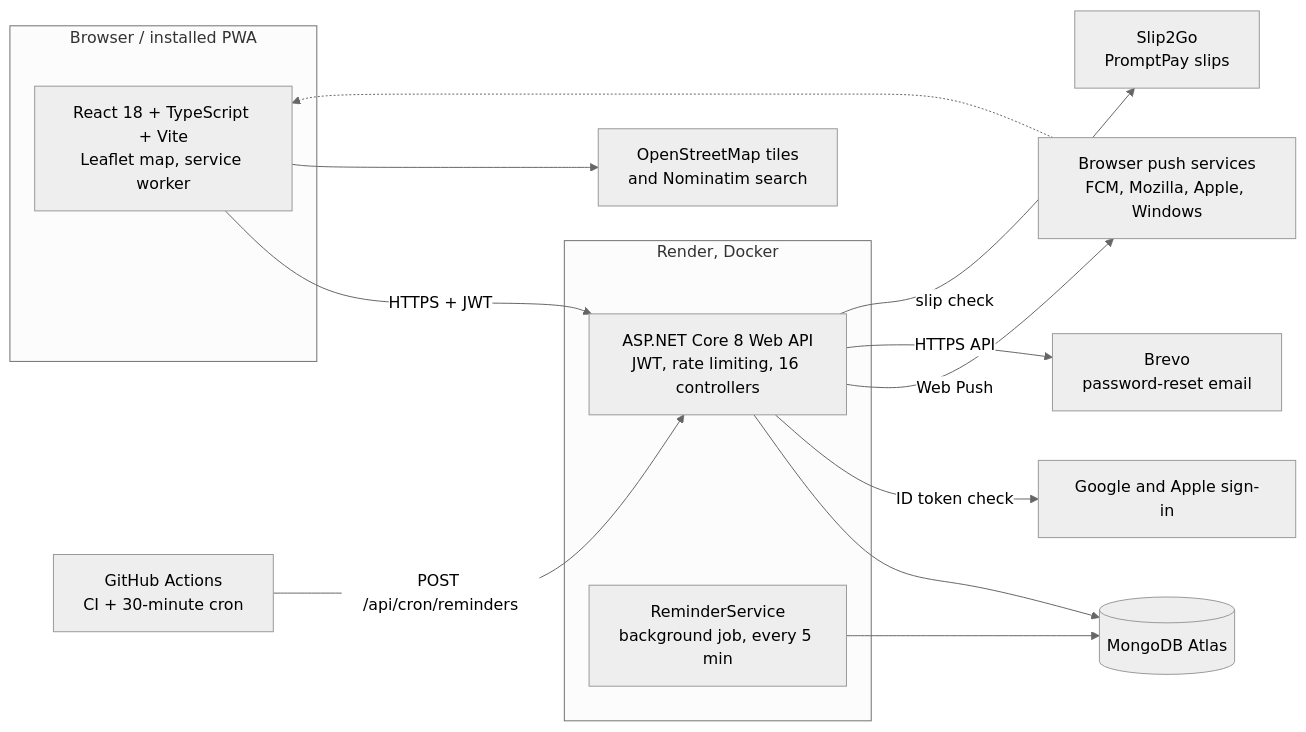
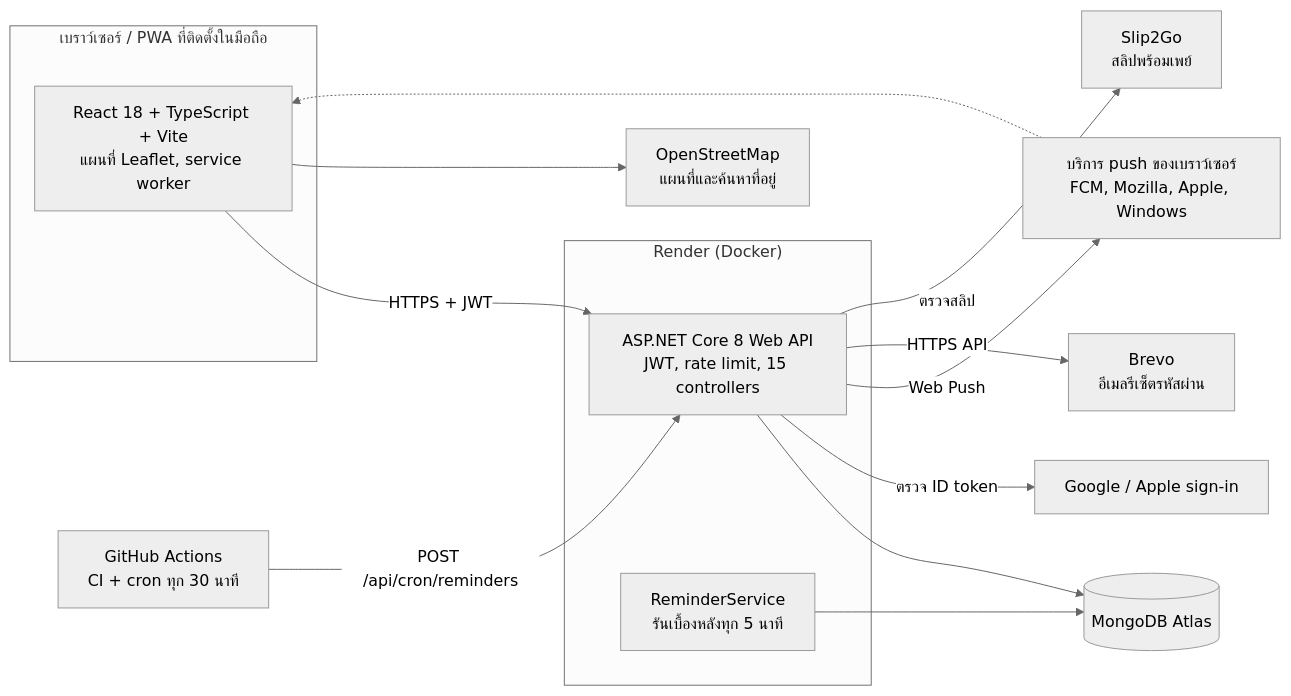
Before and after one commit to namethzz/Air-clean-: the first of 2 diagrams in README.md, drawn with Mermaid (neutral theme). The commit also changed other lines of this file and 10 other files, not shown here.

````diff
--- a/README.md
+++ b/README.md
@@ -42,21 +60,21 @@
 ```mermaid
 flowchart LR
-  subgraph Client["Browser / installed PWA"]
-    SPA["React 18 + TypeScript + Vite<br/>Leaflet map, service worker"]
+  subgraph Client["เบราว์เซอร์ / PWA ที่ติดตั้งในมือถือ"]
+    SPA["React 18 + TypeScript + Vite<br/>แผนที่ Leaflet, service worker"]
   end
-  subgraph Render["Render, Docker"]
-    API["ASP.NET Core 8 Web API<br/>JWT, rate limiting, 16 controllers"]
-    BG["ReminderService<br/>background job, every 5 min"]
+  subgraph Render["Render (Docker)"]
+    API["ASP.NET Core 8 Web API<br/>JWT, rate limit, 15 controllers"]
+    BG["ReminderService<br/>รันเบื้องหลังทุก 5 นาที"]
   end
   DB[("MongoDB Atlas")]
   SPA -- "HTTPS + JWT" --> API
   API --> DB
   BG --> DB
-  API -- "ID token check" --> OIDC["Google and Apple sign-in"]
-  API -- "Web Push" --> PUSH["Browser push services<br/>FCM, Mozilla, Apple, Windows"]
+  API -- "ตรวจ ID token" --> OIDC["Google / Apple sign-in"]
+  API -- "Web Push" --> PUSH["บริการ push ของเบราว์เซอร์<br/>FCM, Mozilla, Apple, Windows"]
   PUSH -.-> SPA
-  API -- "HTTPS API" --> MAIL["Brevo<br/>password-reset email"]
-  API -- "slip check" --> SLIP["Slip2Go<br/>PromptPay slips"]
-  GHA["GitHub Actions<br/>CI + 30-minute cron"] -- "POST /api/cron/reminders" --> API
-  SPA --> OSM["OpenStreetMap tiles<br/>and Nominatim search"]
+  API -- "HTTPS API" --> MAIL["Brevo<br/>อีเมลรีเซ็ตรหัสผ่าน"]
+  API -- "ตรวจสลิป" --> SLIP["Slip2Go<br/>สลิปพร้อมเพย์"]
+  GHA["GitHub Actions<br/>CI + cron ทุก 30 นาที"] -- "POST /api/cron/reminders" --> API
+  SPA --> OSM["OpenStreetMap<br/>แผนที่และค้นหาที่อยู่"]
 ```
````
